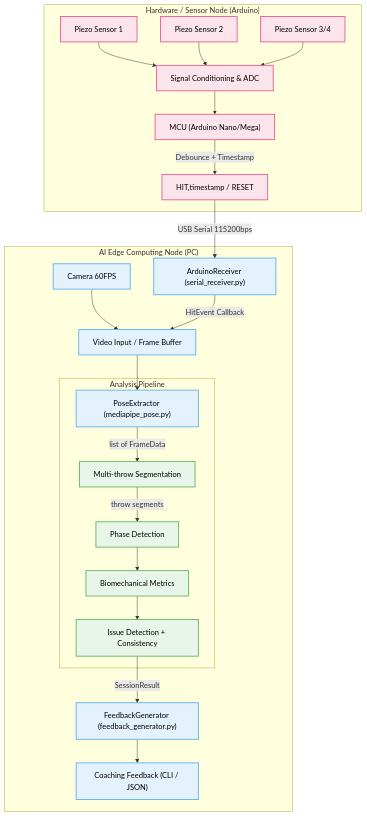
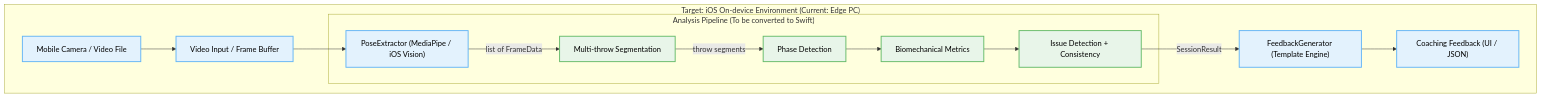
The diagram in darts_architecture_spec.md (godkisung/DartPose-AI), drawn with Mermaid before and after one commit. The commit also changed other lines of this file and 33 other files, not shown here.

````diff
--- a/darts_architecture_spec.md
+++ b/darts_architecture_spec.md
@@ -77,41 +69,25 @@
 ```mermaid
 graph TD
-    %% 하드웨어/센서 파트
-    subgraph Hardware ["Hardware / Sensor Node (Arduino)"]
-        Sensor1["Piezo Sensor 1"] --> ADC["Signal Conditioning & ADC"]
-        Sensor2["Piezo Sensor 2"] --> ADC
-        SensorN["Piezo Sensor 3/4"] --> ADC
-        ADC --> Arduino["MCU (Arduino Nano/Mega)"]
-        Arduino -- "Debounce + Timestamp" --> Payload["HIT,timestamp / RESET"]
-    end
+    %% S/W 파이프라인
+    subgraph iOS_Target ["Target: iOS On-device Environment (Current: Edge PC)"]
+        Camera["Mobile Camera / Video File"] --> VideoInput["Video Input / Frame Buffer"]
 
-    %% S/W 파이프라인
-    subgraph EdgePC ["AI Edge Computing Node (PC)"]
-        SerialRx["ArduinoReceiver (serial_receiver.py)"]
-        Camera["Camera 60FPS"] --> VideoInput["Video Input / Frame Buffer"]
+        VideoInput --> PoseExt["PoseExtractor (MediaPipe / iOS Vision)"]
 
-        SerialRx -- "HitEvent Callback" --> VideoInput
-
-        VideoInput --> PoseExt["PoseExtractor (mediapipe_pose.py)"]
-
-        subgraph Analysis ["Analysis Pipeline"]
+        subgraph Analysis ["Analysis Pipeline (To be converted to Swift)"]
             PoseExt -- "list of FrameData" --> Segment["Multi-throw Segmentation"]
             Segment -- "throw segments" --> PhaseDetect["Phase Detection"]
             PhaseDetect --> Metrics["Biomechanical Metrics"]
             Metrics --> Issues["Issue Detection + Consistency"]
         end
 
-        Issues -- "SessionResult" --> Feedback["FeedbackGenerator (feedback_generator.py)"]
-        Feedback --> Output["Coaching Feedback (CLI / JSON)"]
+        Issues -- "SessionResult" --> Feedback["FeedbackGenerator (Template Engine)"]
+        Feedback --> Output["Coaching Feedback (UI / JSON)"]
     end
 
-    Payload -- "USB Serial 115200bps" --> SerialRx
-
     %% Styles
-    classDef hw fill:#fce4ec,stroke:#f06292,stroke-width:2px,color:#000000;
     classDef sw fill:#e3f2fd,stroke:#64b5f6,stroke-width:2px,color:#000000;
     classDef analysis fill:#e8f5e9,stroke:#66bb6a,stroke-width:2px,color:#000000;
-    class Arduino,Sensor1,Sensor2,SensorN,ADC,Payload hw;
-    class SerialRx,Camera,VideoInput,PoseExt,Feedback,Output sw;
+    class Camera,VideoInput,PoseExt,Feedback,Output sw;
     class Segment,PhaseDetect,Metrics,Issues analysis;
 ```
````
